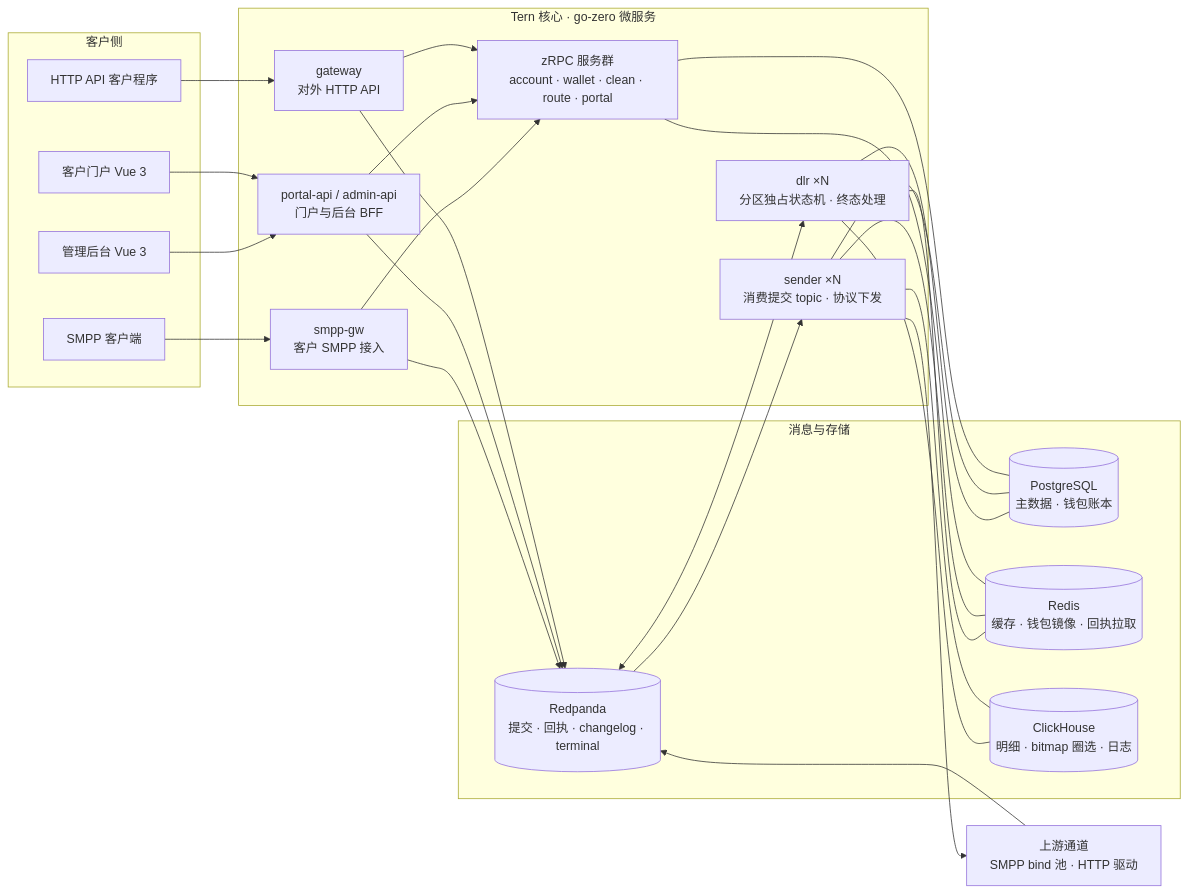
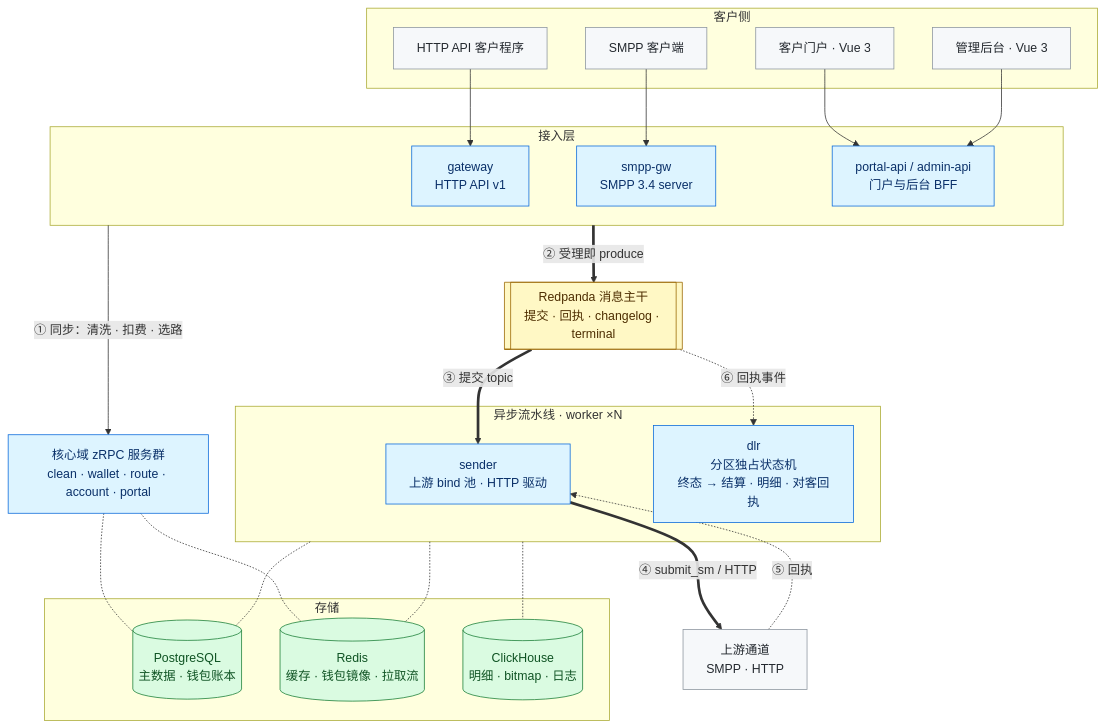
One commit to ternsms/.github changed the diagram in profile/README.md. Above: the diagram before and after it, drawn with Mermaid. The commit also changed other lines of this file, not shown here.

Commit message:
docs(profile): 重画 Tern 架构图——分层自上而下、编号主链路、存储连线收敛

````diff
--- a/profile/README.md
+++ b/profile/README.md
@@ -64,34 +64,47 @@
 ```mermaid
-flowchart LR
+flowchart TB
   subgraph clients[客户侧]
     C1[HTTP API 客户程序]
     C2[SMPP 客户端]
-    C3[客户门户 Vue 3]
-    C4[管理后台 Vue 3]
+    C3[客户门户 · Vue 3]
+    C4[管理后台 · Vue 3]
   end
-  subgraph core[Tern 核心 · go-zero 微服务]
-    GW[gateway<br/>对外 HTTP API]
+  subgraph access[接入层]
+    GW[gateway<br/>HTTP API v1]
+    SG[smpp-gw<br/>SMPP 3.4 server]
     BFF[portal-api / admin-api<br/>门户与后台 BFF]
-    SG[smpp-gw<br/>客户 SMPP 接入]
-    RPC[zRPC 服务群<br/>account · wallet · clean · route · portal]
-    SN[sender ×N<br/>消费提交 topic · 协议下发]
-    DL[dlr ×N<br/>分区独占状态机 · 终态处理]
   end
-  subgraph store[消息与存储]
-    RP[(Redpanda<br/>提交 · 回执 · changelog · terminal)]
+  RPC[核心域 zRPC 服务群<br/>clean · wallet · route · account · portal]
+  MQ[[Redpanda 消息主干<br/>提交 · 回执 · changelog · terminal]]
+  subgraph worker[异步流水线 · worker ×N]
+    SN[sender<br/>上游 bind 池 · HTTP 驱动]
+    DL[dlr<br/>分区独占状态机<br/>终态 → 结算 · 明细 · 对客回执]
+  end
+  UP[上游通道<br/>SMPP · HTTP]
+  subgraph store[存储]
     PG[(PostgreSQL<br/>主数据 · 钱包账本)]
-    RD[(Redis<br/>缓存 · 钱包镜像 · 回执拉取)]
-    CH[(ClickHouse<br/>明细 · bitmap 圈选 · 日志)]
+    RD[(Redis<br/>缓存 · 钱包镜像 · 拉取流)]
+    CH[(ClickHouse<br/>明细 · bitmap · 日志)]
   end
-  UP[上游通道<br/>SMPP bind 池 · HTTP 驱动]
+
   C1 --> GW
+  C2 --> SG
   C3 & C4 --> BFF
-  C2 --> SG
-  GW & BFF & SG --> RPC
-  GW & BFF & SG --> RP
-  RP --> SN --> UP
-  UP --> RP
-  RP <--> DL
-  RPC --- PG & RD
-  SN & DL --- PG & RD & CH
+  access -->|① 同步：清洗 · 扣费 · 选路| RPC
+  access ==>|② 受理即 produce| MQ
+  MQ ==>|③ 提交 topic| SN
+  SN ==>|④ submit_sm / HTTP| UP
+  UP -.->|⑤ 回执| SN
+  MQ -.->|⑥ 回执事件| DL
+  RPC -.- PG & RD
+  worker -.- PG & RD & CH
+
+  classDef ext fill:#f6f8fa,stroke:#8c959f,color:#24292f
+  classDef svc fill:#ddf4ff,stroke:#0969da,color:#0a3069
+  classDef mq fill:#fff8c5,stroke:#9a6700,color:#4d2d00
+  classDef db fill:#dafbe1,stroke:#1a7f37,color:#0f5323
+  class C1,C2,C3,C4,UP ext
+  class GW,SG,BFF,RPC,SN,DL svc
+  class MQ mq
+  class PG,RD,CH db
 ```
````
